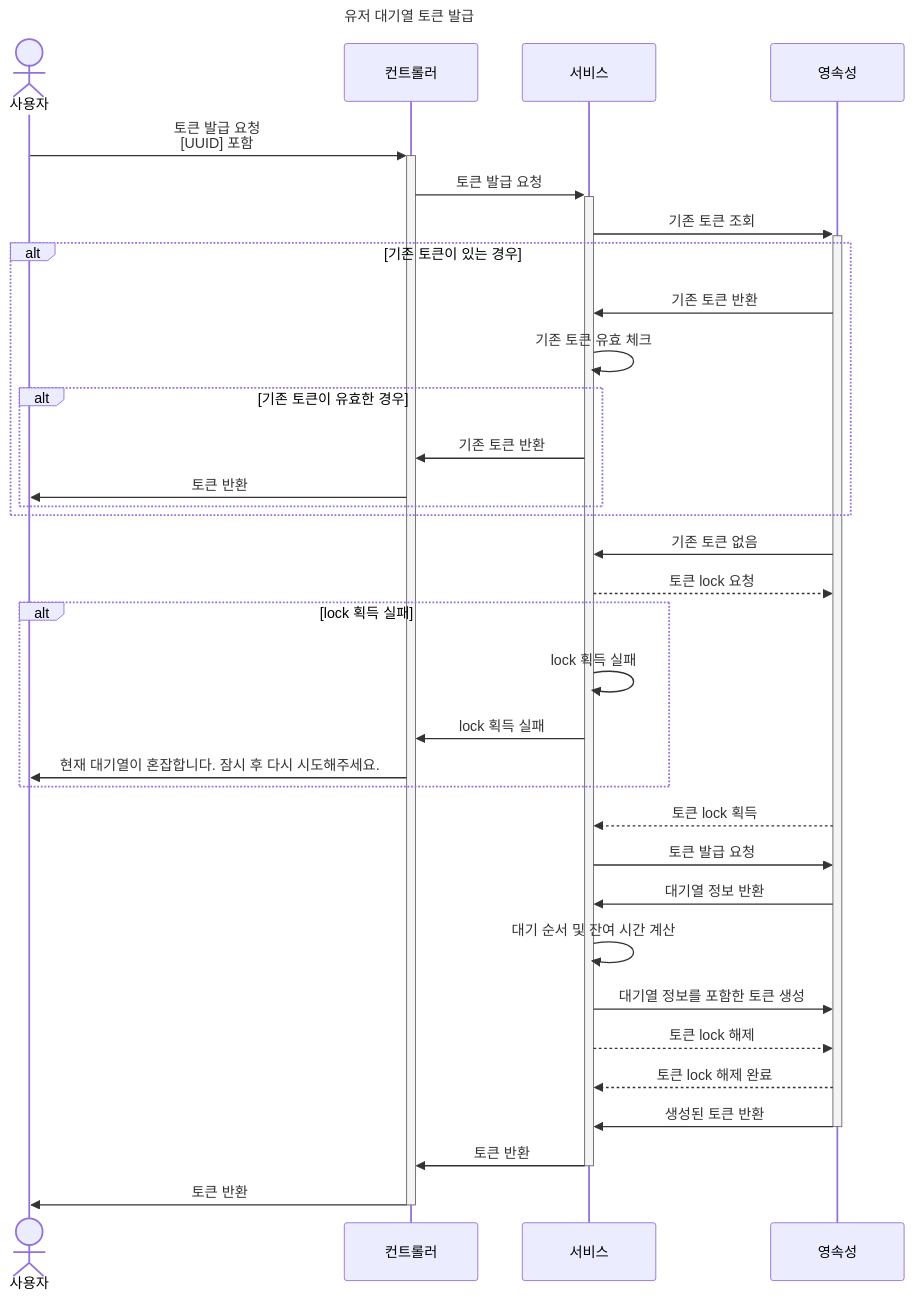
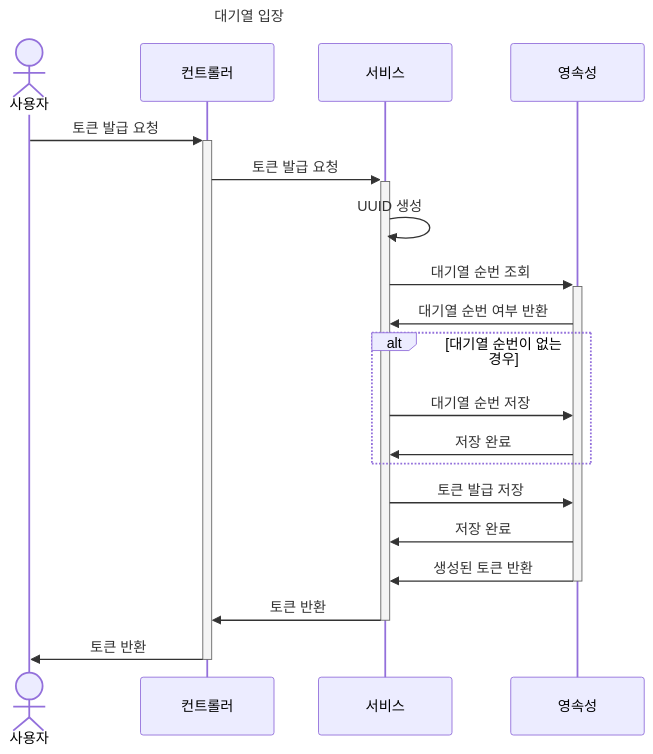
Before and after one commit to chawchaw/concert: the first of 5 diagrams in doc/sequence_diagram.md, drawn with Mermaid. The commit also changed other lines of this file and 46 other files, not shown here.

````diff
--- a/doc/sequence_diagram.md
+++ b/doc/sequence_diagram.md
@@ -4,40 +4,23 @@
 ```mermaid
 sequenceDiagram
-    title 유저 대기열 토큰 발급
+    title 대기열 입장
     actor U as 사용자
     participant C as 컨트롤러
     participant S as 서비스
     participant P as 영속성
 
-    U->>+C: 토큰 발급 요청<br/>[UUID] 포함
+    U->>+C: 토큰 발급 요청
     C->>+S: 토큰 발급 요청
-    S->>+P: 기존 토큰 조회
-    alt 기존 토큰이 있는 경우
-        P->>S: 기존 토큰 반환
-        S->>S: 기존 토큰 유효 체크
-        alt 기존 토큰이 유효한 경우
-            S->>C: 기존 토큰 반환
-            C->>U: 토큰 반환
-        end
+    S->>S: UUID 생성
+    S->>+P: 대기열 순번 조회
+    P->>S: 대기열 순번 여부 반환
+    alt 대기열 순번이 없는 경우
+        S->>P: 대기열 순번 저장
+        P->>S: 저장 완료
     end
-    P->>S: 기존 토큰 없음
-    S-->>P: 토큰 lock 요청
-    alt lock 획득 실패
-        S->>S: lock 획득 실패
-        S->>C: lock 획득 실패
-        C->>U: 현재 대기열이 혼잡합니다. 잠시 후 다시 시도해주세요.
-    end
-    P-->>S: 토큰 lock 획득
-
-    S->>P: 토큰 발급 요청
-    P->>S: 대기열 정보 반환
-    S->>S: 대기 순서 및 잔여 시간 계산
-    S->>P: 대기열 정보를 포함한 토큰 생성
-
-    S-->>P: 토큰 lock 해제
-    P-->>S: 토큰 lock 해제 완료
-
+    S->>P: 토큰 발급 저장
+    P->>S: 저장 완료
     P->>-S: 생성된 토큰 반환
     S->>-C: 토큰 반환
     C->>-U: 토큰 반환
 ```
````
